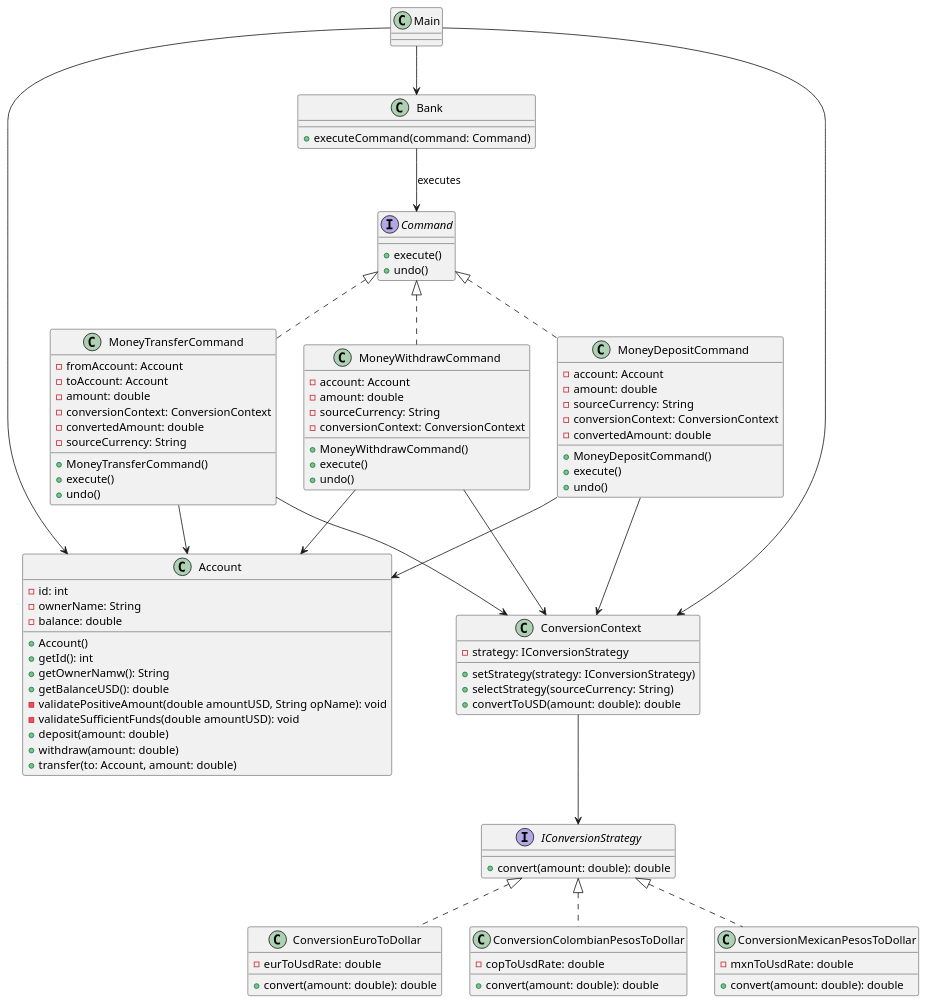
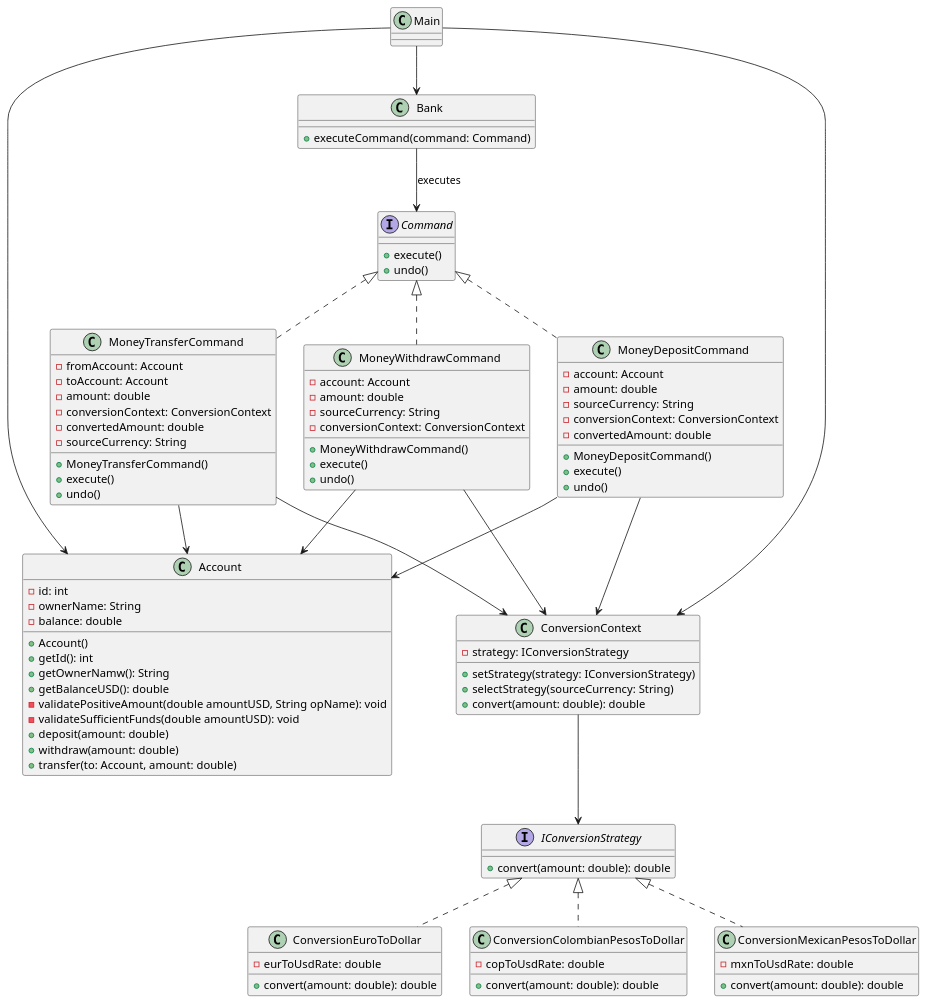
One commit to Jhon-Cortez/Strategy-Command changed the diagram in DiagramaClases.wsd. Above: the diagram before and after it, drawn with PlantUML.

Commit message:
Metodos de la clase ConversionContext

```diff
--- a/DiagramaClases.wsd
+++ b/DiagramaClases.wsd
@@ -1,122 +1,122 @@
 @startuml
 
 ' ===== INTERFACES =====
 interface Command {
     +execute()
     +undo()
 }
 
 interface IConversionStrategy {
     +convert(amount: double): double
 }
 
 ' ===== CORE =====
 class Account {
     -id: int
     -ownerName: String 
     -balance: double
     +Account()
     +getId(): int
     +getOwnerNamw(): String
     +getBalanceUSD(): double
     -validatePositiveAmount(double amountUSD, String opName): void
     -validateSufficientFunds(double amountUSD): void
     +deposit(amount: double)
     +withdraw(amount: double)
     +transfer(to: Account, amount: double)
 }
 
 class Bank {
     +executeCommand(command: Command)
 }
 
 class Main
 
 ' ===== COMMANDS =====
 class MoneyDepositCommand {
     -account: Account
     -amount: double
     -sourceCurrency: String
     -conversionContext: ConversionContext
     -convertedAmount: double
     +MoneyDepositCommand()
     +execute()
     +undo()
     ' -convert(): double
 }
 
 class MoneyWithdrawCommand {
     -account: Account
     -amount: double
     -sourceCurrency: String
     -conversionContext: ConversionContext
     +MoneyWithdrawCommand()
     +execute()
     +undo()
 }
 
 class MoneyTransferCommand {
     -fromAccount: Account
     -toAccount: Account
     -amount: double
     -conversionContext: ConversionContext
     -convertedAmount: double
     -sourceCurrency: String
     +MoneyTransferCommand()
     +execute()
     +undo()
 }
 
 ' ===== STRATEGY CONTEXT =====
 class ConversionContext {
     -strategy: IConversionStrategy
     +setStrategy(strategy: IConversionStrategy)
     +selectStrategy(sourceCurrency: String)
-    +convertToUSD(amount: double): double
+    +convert(amount: double): double
 }
 
 ' ===== STRATEGIES =====
 class ConversionEuroToDollar {
     -eurToUsdRate: double
     +convert(amount: double): double
 }
 
 class ConversionColombianPesosToDollar {
     -copToUsdRate: double
     +convert(amount: double): double
 }
 
 class ConversionMexicanPesosToDollar {
     -mxnToUsdRate: double
     +convert(amount: double): double
 }
 
 ' ===== RELATIONSHIPS =====
 
 ' Command pattern
 Command <|.. MoneyDepositCommand
 Command <|.. MoneyWithdrawCommand
 Command <|.. MoneyTransferCommand
 Bank --> Command : executes
 
 ' Account usage
 MoneyDepositCommand --> Account
 MoneyWithdrawCommand --> Account
 MoneyTransferCommand --> Account
 
 ' Strategy pattern
 IConversionStrategy <|.. ConversionEuroToDollar
 IConversionStrategy <|.. ConversionColombianPesosToDollar
 IConversionStrategy <|.. ConversionMexicanPesosToDollar
 
 ConversionContext --> IConversionStrategy
 MoneyDepositCommand --> ConversionContext
 MoneyWithdrawCommand --> ConversionContext
 MoneyTransferCommand --> ConversionContext
 
 ' Main usage
 Main --> Bank
 Main --> Account
 Main --> ConversionContext
 
 @enduml
```
